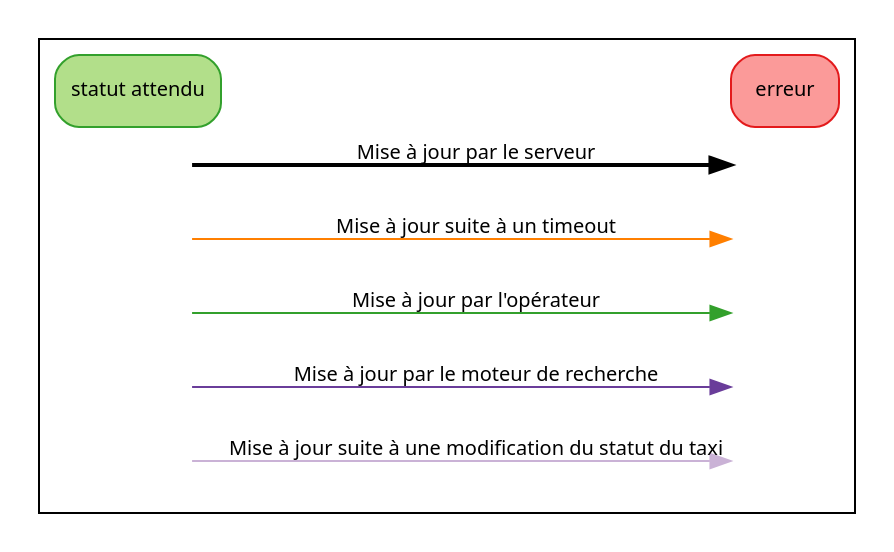
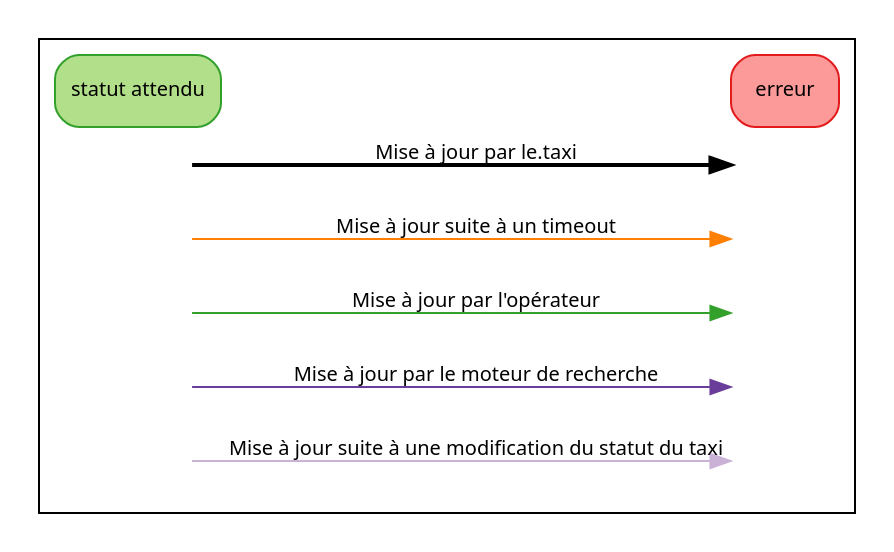
The diagram in public/images/doc/legend.gv (openmaraude/console), drawn with Graphviz before and after one commit.

Commit message:
legend: clearer label

```diff
--- a/public/images/doc/legend.gv
+++ b/public/images/doc/legend.gv
@@ -1,18 +1,18 @@
 digraph {
     rankdir=LR;
     nodesep=0;
     ranksep=0;
     node [shape=box,style="rounded,filled",fontname=sans,fontsize=10,colorscheme=paired10];
     edge [fontname=sans,fontsize=10,colorscheme=paired10];
     subgraph cluster {
         expected [color=4,fillcolor=3,label="statut attendu"];
         error [color=6,fillcolor=5,label="erreur"];
         expected -> error [style=invis];
         node [style=invis];
-        a -> b [style=bold,label="Mise à jour par le serveur"];
+        a -> b [style=bold,label="Mise à jour par le.taxi"];
         c -> d [color=8,label="Mise à jour suite à un timeout"];
         e -> f [color=4,label="Mise à jour par l'opérateur"];
         g -> h [color=10,label="Mise à jour par le moteur de recherche"];
         i -> j [color=9, label="Mise à jour suite à une modification du statut du taxi"];
   }
 }
```
